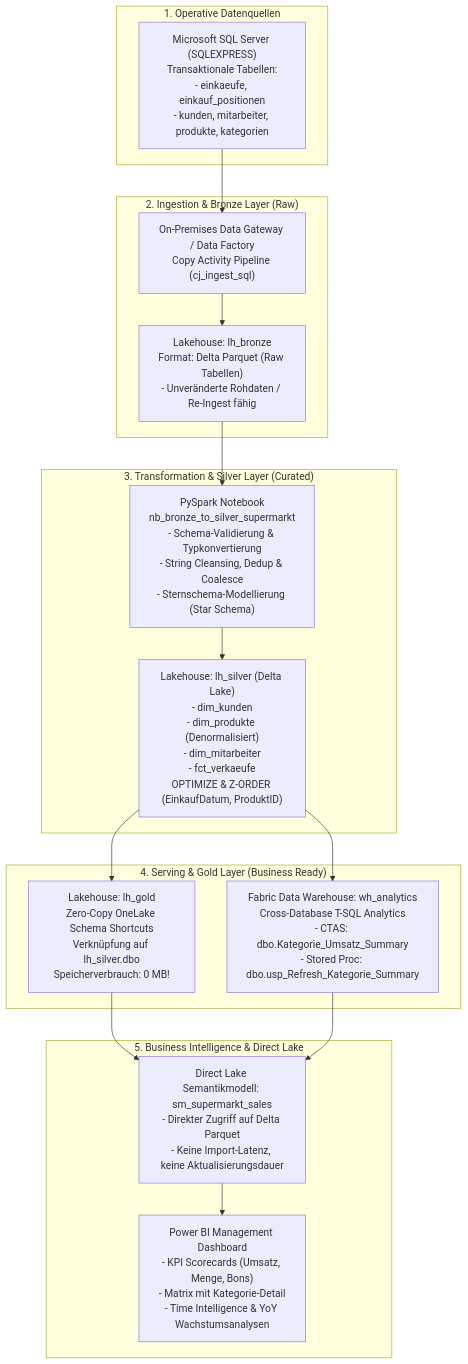
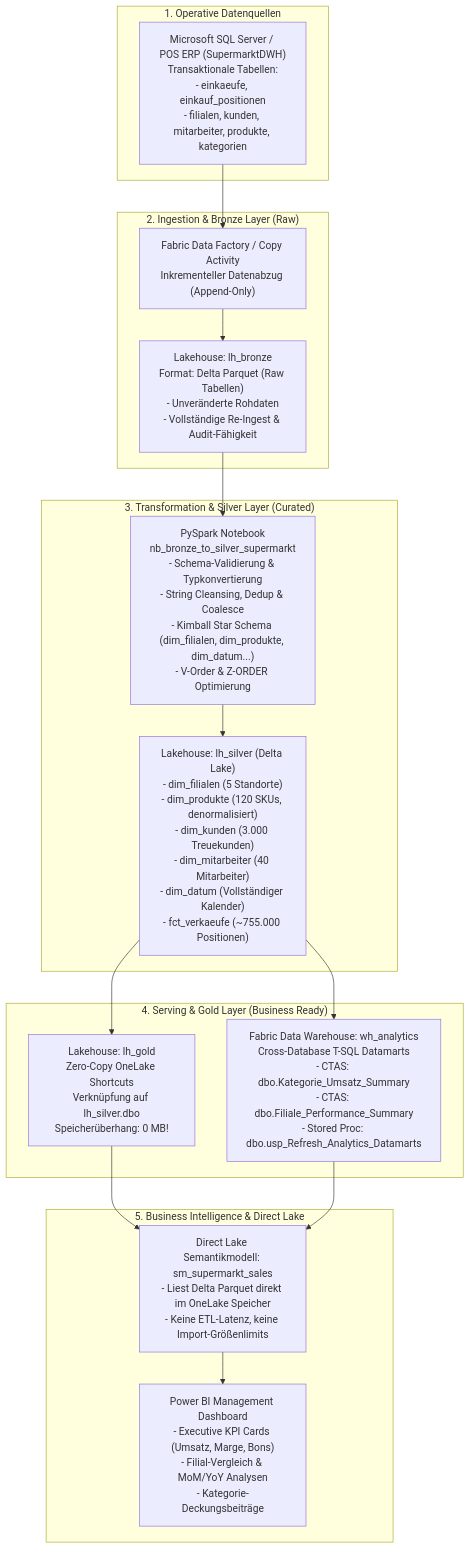
One commit to alefritz19/Supermarkt-Medallion-Lakehouse-Fabric changed the diagram in README.md. Above: the diagram before and after it, drawn with Mermaid. The commit also changed other lines of this file and 4 other files, not shown here.

Commit message:
feat: align lakehouse with FrischMarkt star schema, add dim_filialen & dim_datum, add Fabric deep-dive runbook

````diff
--- a/README.md
+++ b/README.md
@@ -22,34 +22,34 @@
 ```mermaid
 flowchart TD
     subgraph OnPrem["1. Operative Datenquellen"]
-        SQL["Microsoft SQL Server (SQLEXPRESS)\nTransaktionale Tabellen:\n- einkaeufe, einkauf_positionen\n- kunden, mitarbeiter, produkte, kategorien"]
+        SQL["Microsoft SQL Server / POS ERP (SupermarktDWH)\nTransaktionale Tabellen:\n- einkaeufe, einkauf_positionen\n- filialen, kunden, mitarbeiter, produkte, kategorien"]
     end
 
     subgraph FabricBronze["2. Ingestion & Bronze Layer (Raw)"]
-        GW["On-Premises Data Gateway / Data Factory\nCopy Activity Pipeline (cj_ingest_sql)"]
-        Bronze["Lakehouse: lh_bronze\nFormat: Delta Parquet (Raw Tabellen)\n- Unveränderte Rohdaten / Re-Ingest fähig"]
+        GW["Fabric Data Factory / Copy Activity\nInkrementeller Datenabzug (Append-Only)"]
+        Bronze["Lakehouse: lh_bronze\nFormat: Delta Parquet (Raw Tabellen)\n- Unveränderte Rohdaten\n- Vollständige Re-Ingest & Audit-Fähigkeit"]
     end
 
     subgraph FabricSilver["3. Transformation & Silver Layer (Curated)"]
-        NB["PySpark Notebook\nnb_bronze_to_silver_supermarkt\n- Schema-Validierung & Typkonvertierung\n- String Cleansing, Dedup & Coalesce\n- Sternschema-Modellierung (Star Schema)"]
-        Silver["Lakehouse: lh_silver (Delta Lake)\n- dim_kunden\n- dim_produkte (Denormalisiert)\n- dim_mitarbeiter\n- fct_verkaeufe\nOPTIMIZE & Z-ORDER (EinkaufDatum, ProduktID)"]
+        NB["PySpark Notebook\nnb_bronze_to_silver_supermarkt\n- Schema-Validierung & Typkonvertierung\n- String Cleansing, Dedup & Coalesce\n- Kimball Star Schema (dim_filialen, dim_produkte, dim_datum...)\n- V-Order & Z-ORDER Optimierung"]
+        Silver["Lakehouse: lh_silver (Delta Lake)\n- dim_filialen (5 Standorte)\n- dim_produkte (120 SKUs, denormalisiert)\n- dim_kunden (3.000 Treuekunden)\n- dim_mitarbeiter (40 Mitarbeiter)\n- dim_datum (Vollständiger Kalender)\n- fct_verkaeufe (~755.000 Positionen)"]
     end
 
     subgraph FabricGold["4. Serving & Gold Layer (Business Ready)"]
-        Gold["Lakehouse: lh_gold\nZero-Copy OneLake Schema Shortcuts\nVerknüpfung auf lh_silver.dbo\nSpeicherverbrauch: 0 MB!"]
-        WH["Fabric Data Warehouse: wh_analytics\nCross-Database T-SQL Analytics\n- CTAS: dbo.Kategorie_Umsatz_Summary\n- Stored Proc: dbo.usp_Refresh_Kategorie_Summary"]
+        Gold["Lakehouse: lh_gold\nZero-Copy OneLake Shortcuts\nVerknüpfung auf lh_silver.dbo\nSpeicherüberhang: 0 MB!"]
+        WH["Fabric Data Warehouse: wh_analytics\nCross-Database T-SQL Datamarts\n- CTAS: dbo.Kategorie_Umsatz_Summary\n- CTAS: dbo.Filiale_Performance_Summary\n- Stored Proc: dbo.usp_Refresh_Analytics_Datamarts"]
     end
 
     subgraph PowerBI["5. Business Intelligence & Direct Lake"]
-        SM["Direct Lake Semantikmodell: sm_supermarkt_sales\n- Direkter Zugriff auf Delta Parquet\n- Keine Import-Latenz, keine Aktualisierungsdauer"]
-        Report["Power BI Management Dashboard\n- KPI Scorecards (Umsatz, Menge, Bons)\n- Matrix mit Kategorie-Detail\n- Time Intelligence & YoY Wachstumsanalysen"]
+        SM["Direct Lake Semantikmodell: sm_supermarkt_sales\n- Liest Delta Parquet direkt im OneLake Speicher\n- Keine ETL-Latenz, keine Import-Größenlimits"]
+        Report["Power BI Management Dashboard\n- Executive KPI Cards (Umsatz, Marge, Bons)\n- Filial-Vergleich & MoM/YoY Analysen\n- Kategorie-Deckungsbeiträge"]
     end
 
     SQL --> GW --> Bronze
     Bronze --> NB --> Silver
     Silver --> Gold
     Silver --> WH
     Gold --> SM
     WH --> SM
     SM --> Report
 ```
````
